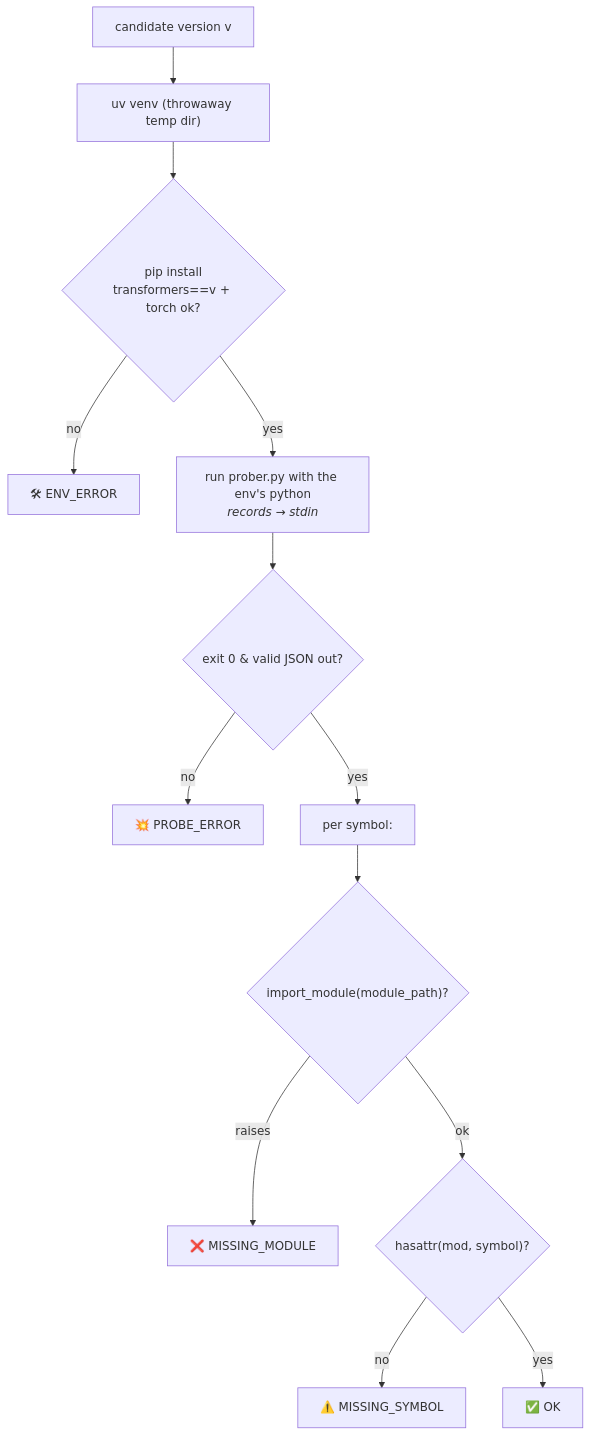
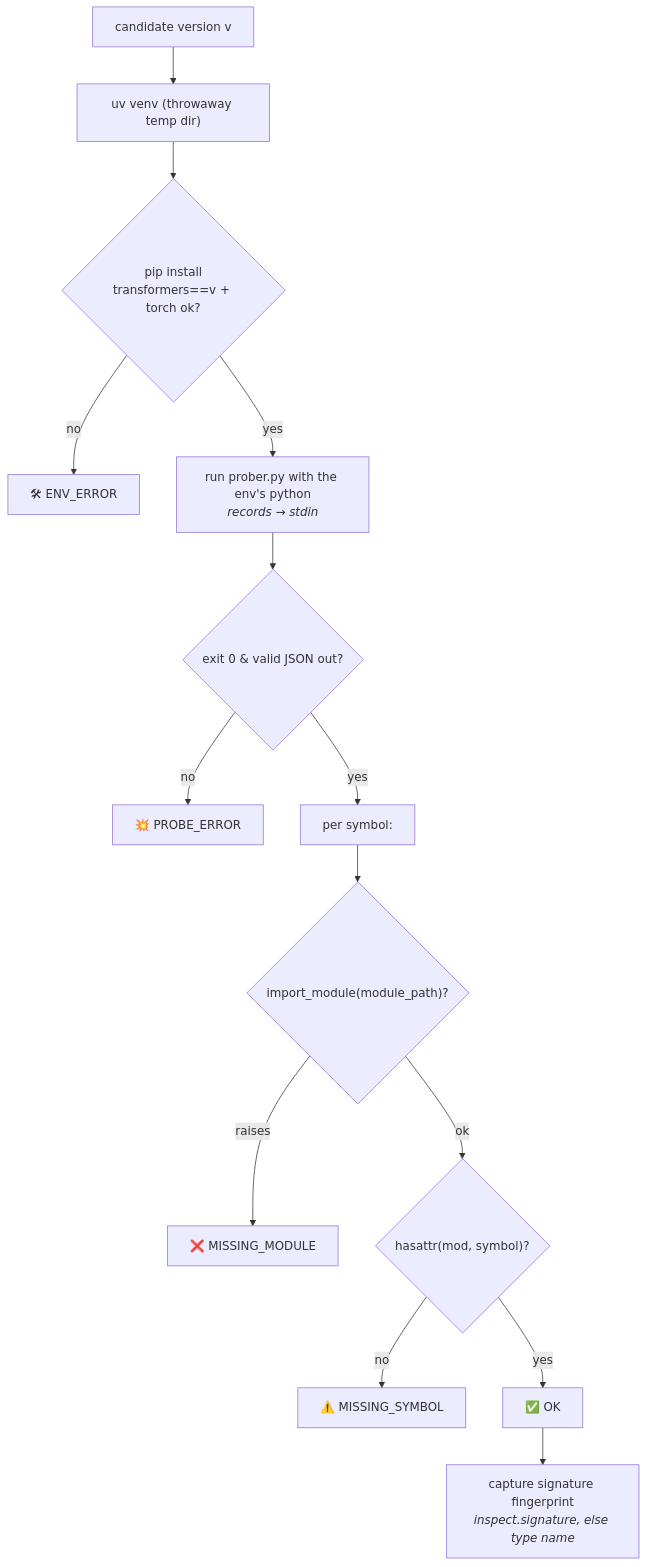
The third of 8 diagrams in README.md (joe0731/modelopt_ptq_transformers_doctor), drawn with Mermaid before and after one commit. The commit also changed other lines of this file, not shown here.

Commit message:
docs: document signature-drift detection + richer reference capture (v0.2.0)

````diff
--- a/README.md
+++ b/README.md
@@ -93,15 +98,16 @@
 ```mermaid
 flowchart TD
     version["candidate version v"] --> make_venv["uv venv (throwaway temp dir)"]
     make_venv --> install_check{"pip install<br/>transformers==v + torch ok?"}
     install_check -->|no| env_error["🛠 ENV_ERROR"]
     install_check -->|yes| run_prober["run prober.py with the env's python<br/><i>records → stdin</i>"]
     run_prober --> output_check{"exit 0 & valid JSON out?"}
     output_check -->|no| probe_error["💥 PROBE_ERROR"]
     output_check -->|yes| per_symbol["per symbol:"]
     per_symbol --> import_check{"import_module(module_path)?"}
     import_check -->|raises| missing_module["❌ MISSING_MODULE"]
     import_check -->|ok| hasattr_check{"hasattr(mod, symbol)?"}
     hasattr_check -->|no| missing_symbol["⚠️ MISSING_SYMBOL"]
     hasattr_check -->|yes| status_ok["✅ OK"]
+    status_ok --> fingerprint["capture signature fingerprint<br/><i>inspect.signature, else type name</i>"]
 ```
````
